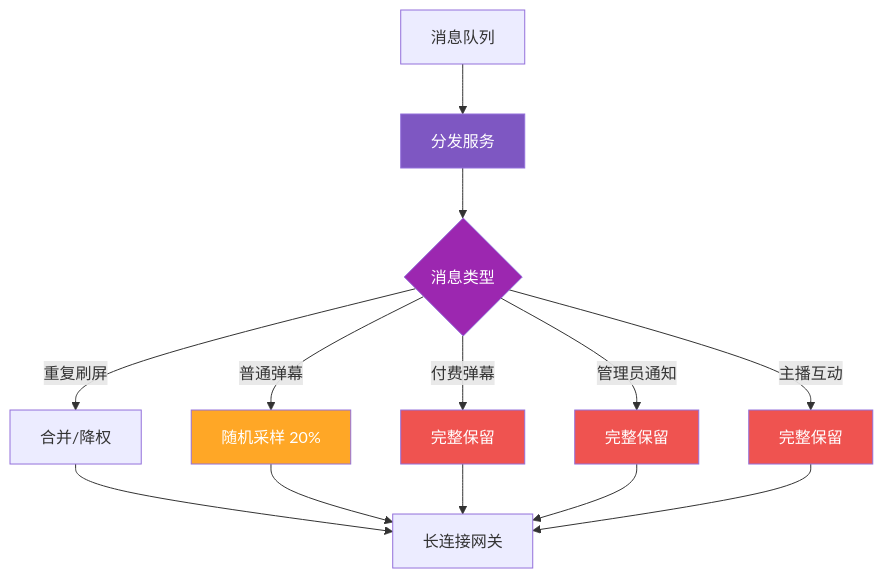
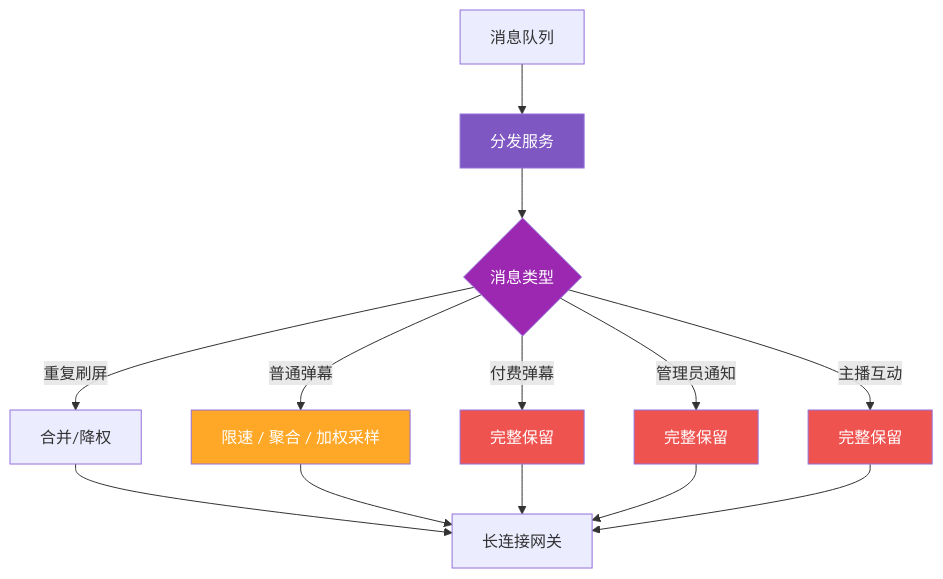
The third of 5 diagrams in _posts/2026-06-30-十万级直播间弹幕系统设计.md (weng235/weng235.github.io), drawn with Mermaid before and after one commit. The commit also changed other lines of this file and 4 other files, not shown here.

````diff
--- a/_posts/2026-06-30-十万级直播间弹幕系统设计.md
+++ b/_posts/2026-06-30-十万级直播间弹幕系统设计.md
@@ -122,25 +122,25 @@
 ```mermaid
 graph TB
     MQ[消息队列] --> Dist[分发服务]
 
     Dist --> Filter1{消息类型}
 
     Filter1 -->|重复刷屏| Merge[合并/降权]
-    Filter1 -->|普通弹幕| Sample[随机采样 20%]
+    Filter1 -->|普通弹幕| Sample[限速 / 聚合 / 加权采样]
     Filter1 -->|付费弹幕| Keep1[完整保留]
     Filter1 -->|管理员通知| Keep2[完整保留]
     Filter1 -->|主播互动| Keep3[完整保留]
 
     Merge --> WSG[长连接网关]
     Sample --> WSG
     Keep1 --> WSG
     Keep2 --> WSG
     Keep3 --> WSG
 
     style Dist fill:#7E57C2,color:#fff
     style Filter1 fill:#9C27B0,color:#fff
     style Sample fill:#FFA726,color:#fff
     style Keep1 fill:#EF5350,color:#fff
     style Keep2 fill:#EF5350,color:#fff
     style Keep3 fill:#EF5350,color:#fff
 ```
````
